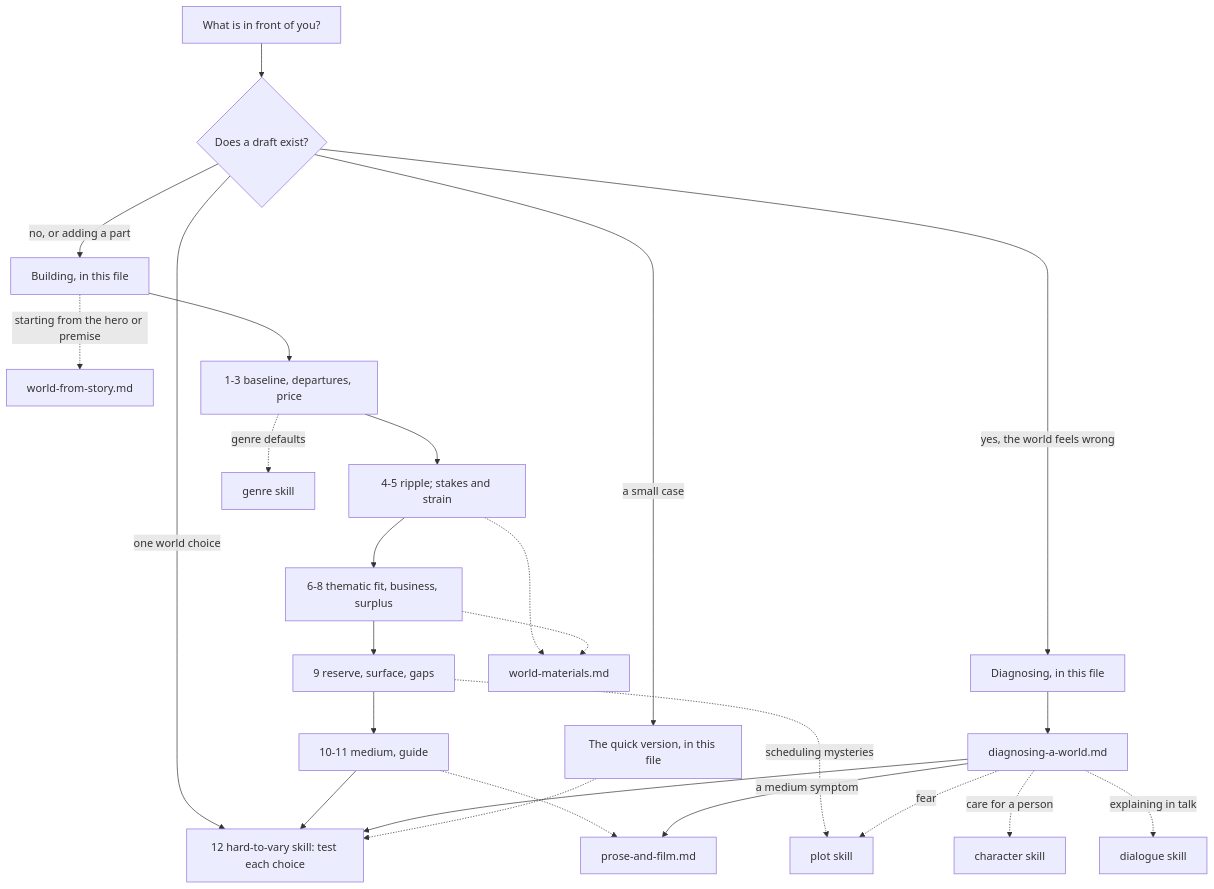
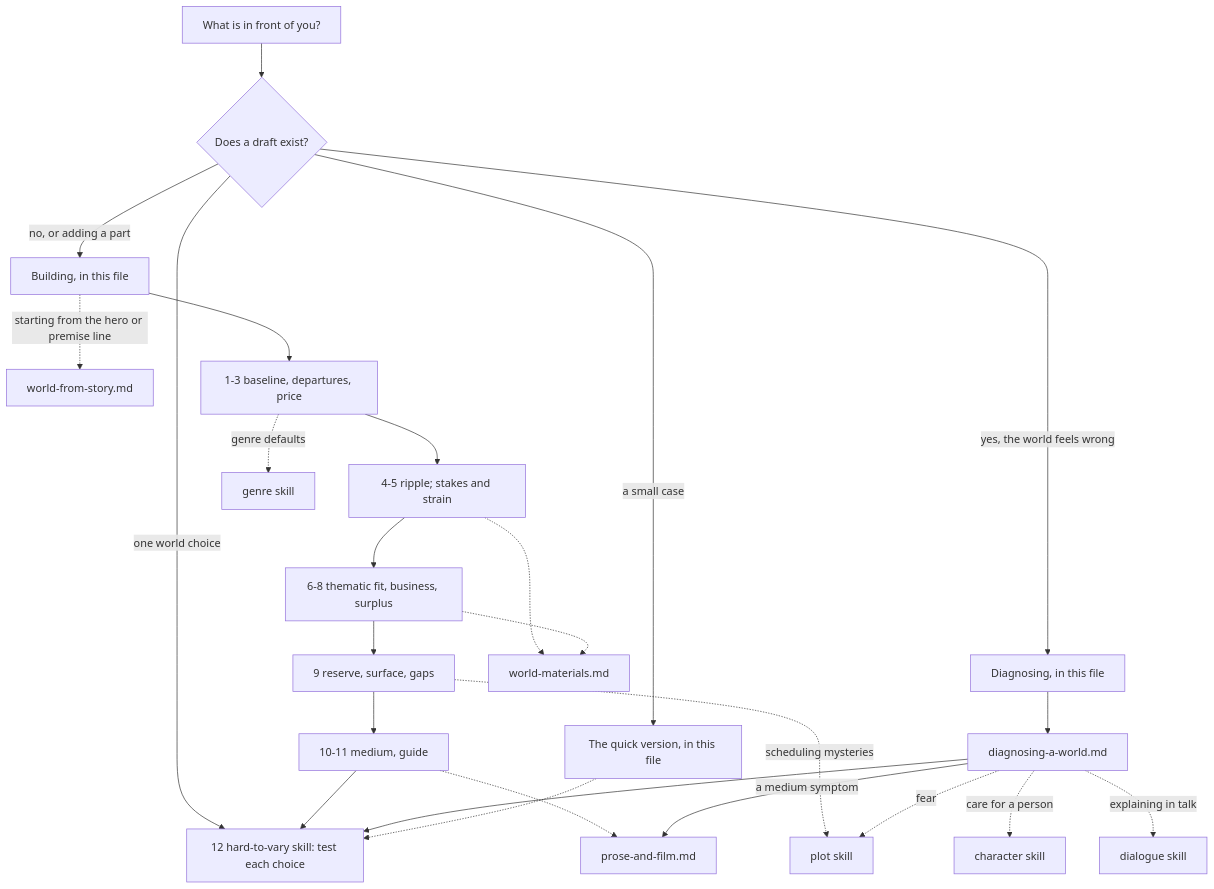
One commit to AHepi/StoryTest changed the diagram in .claude/skills/story-world/SKILL.md. Above: the diagram before and after it, drawn with Mermaid. The commit also changed other lines of this file and 38 other files, not shown here.

````diff
--- a/.claude/skills/story-world/SKILL.md
+++ b/.claude/skills/story-world/SKILL.md
@@ -41,27 +43,27 @@
 ```mermaid
 flowchart TD
   S["What is in front of you?"] --> Q{"Does a draft exist?"}
   Q -->|no, or adding a part| B["Building, in this file"]
   Q -->|yes, the world feels wrong| D["Diagnosing, in this file"]
   Q -->|a small case| K["The quick version, in this file"]
   Q -->|one world choice| H
-  B -.->|starting from the hero or premise| WS["world-from-story.md"]
+  B -.->|starting from the hero or premise line| WS["world-from-story.md"]
   B --> B1["1-3 baseline, departures, price"]
   B1 --> B2["4-5 ripple; stakes and strain"]
   B2 --> B3["6-8 thematic fit, business, surplus"]
   B3 --> B4["9 reserve, surface, gaps"]
   B4 --> B5["10-11 medium, guide"]
   B5 --> H["12 hard-to-vary skill: test each choice"]
   B1 -.->|genre defaults| GE["genre skill"]
   B2 -.-> WM["world-materials.md"]
   B3 -.-> WM
   B4 -.->|scheduling mysteries| PL["plot skill"]
   B5 -.-> PF["prose-and-film.md"]
   D --> DW["diagnosing-a-world.md"]
   DW -->|a medium symptom| PF
   DW -.->|fear| PL
   DW -.->|care for a person| CH["character skill"]
   DW -.->|explaining in talk| DI["dialogue skill"]
   DW --> H
   K -.-> H
 ```
````
